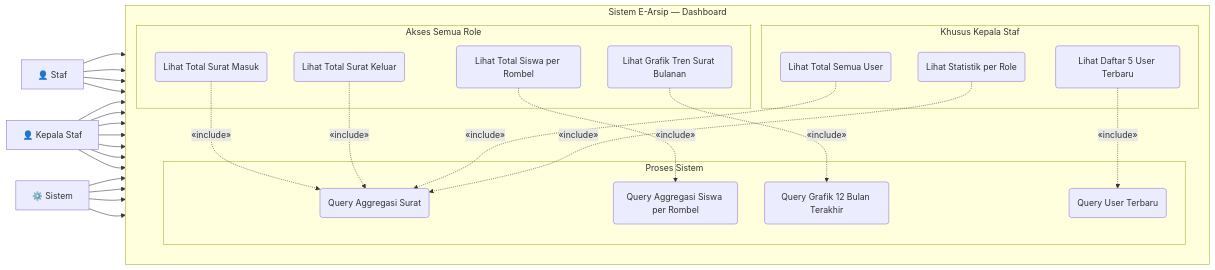
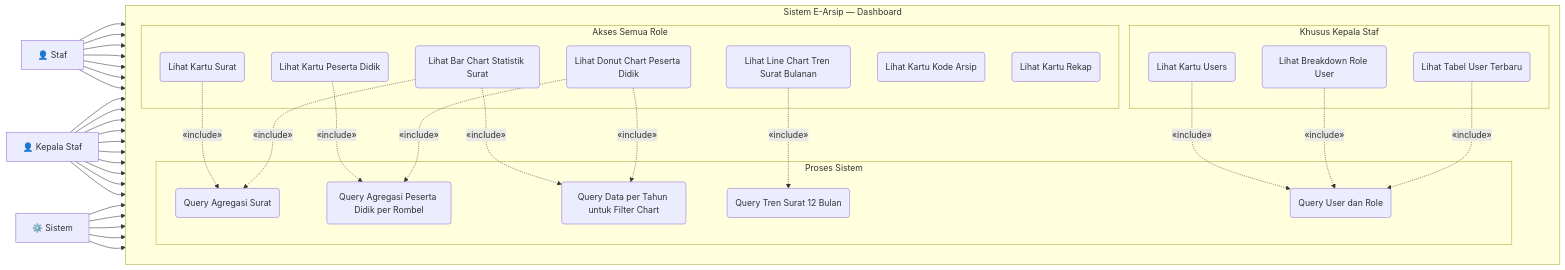
Before and after one commit to paklek325/e-arsip: the diagram in docs/usecase-dashboard.md, drawn with Mermaid. The commit also changed other lines of this file and 25 other files, not shown here.

````diff
--- a/docs/usecase-dashboard.md
+++ b/docs/usecase-dashboard.md
@@ -7,56 +7,70 @@
 ```mermaid
 flowchart LR
     A1["👤 Staf"]
     A2["👤 Kepala Staf"]
     SYS2["⚙️ Sistem"]
 
     subgraph SYS["Sistem E-Arsip — Dashboard"]
         direction TB
 
         subgraph UMUM["Akses Semua Role"]
-            UC1("Lihat Total Surat Masuk")
-            UC2("Lihat Total Surat Keluar")
-            UC3("Lihat Total Siswa per Rombel")
-            UC4("Lihat Grafik Tren Surat Bulanan")
+            UC1("Lihat Kartu Surat")
+            UC2("Lihat Kartu Peserta Didik")
+            UC3("Lihat Kartu Kode Arsip")
+            UC4("Lihat Kartu Rekap")
+            UC5("Lihat Bar Chart Statistik Surat")
+            UC6("Lihat Donut Chart Peserta Didik")
+            UC7("Lihat Line Chart Tren Surat Bulanan")
         end
 
         subgraph KEPALA["Khusus Kepala Staf"]
-            UC5("Lihat Total Semua User")
-            UC6("Lihat Statistik per Role")
-            UC7("Lihat Daftar 5 User Terbaru")
+            UC8("Lihat Kartu Users")
+            UC9("Lihat Breakdown Role User")
+            UC10("Lihat Tabel User Terbaru")
         end
 
         subgraph SISTEM["Proses Sistem"]
-            UC8("Query Aggregasi Surat")
-            UC9("Query Aggregasi Siswa per Rombel")
-            UC10("Query Grafik 12 Bulan Terakhir")
-            UC11("Query User Terbaru")
+            UC11("Query Agregasi Surat")
+            UC12("Query Agregasi Peserta Didik per Rombel")
+            UC13("Query Tren Surat 12 Bulan")
+            UC14("Query Data per Tahun untuk Filter Chart")
+            UC15("Query User dan Role")
         end
 
-        UC1 -.->|"«include»"| UC8
-        UC2 -.->|"«include»"| UC8
-        UC3 -.->|"«include»"| UC9
-        UC4 -.->|"«include»"| UC10
-        UC5 -.->|"«include»"| UC8
-        UC6 -.->|"«include»"| UC8
-        UC7 -.->|"«include»"| UC11
+        UC1 -.->|"«include»"| UC11
+        UC2 -.->|"«include»"| UC12
+        UC5 -.->|"«include»"| UC11
+        UC5 -.->|"«include»"| UC14
+        UC6 -.->|"«include»"| UC12
+        UC6 -.->|"«include»"| UC14
+        UC7 -.->|"«include»"| UC13
+        UC8 -.->|"«include»"| UC15
+        UC9 -.->|"«include»"| UC15
+        UC10 -.->|"«include»"| UC15
     end
 
     A1 --> UC1
     A1 --> UC2
     A1 --> UC3
     A1 --> UC4
+    A1 --> UC5
+    A1 --> UC6
+    A1 --> UC7
 
     A2 --> UC1
     A2 --> UC2
     A2 --> UC3
     A2 --> UC4
     A2 --> UC5
     A2 --> UC6
     A2 --> UC7
+    A2 --> UC8
+    A2 --> UC9
+    A2 --> UC10
 
-    SYS2 --> UC8
-    SYS2 --> UC9
-    SYS2 --> UC10
     SYS2 --> UC11
+    SYS2 --> UC12
+    SYS2 --> UC13
+    SYS2 --> UC14
+    SYS2 --> UC15
 ```
````
